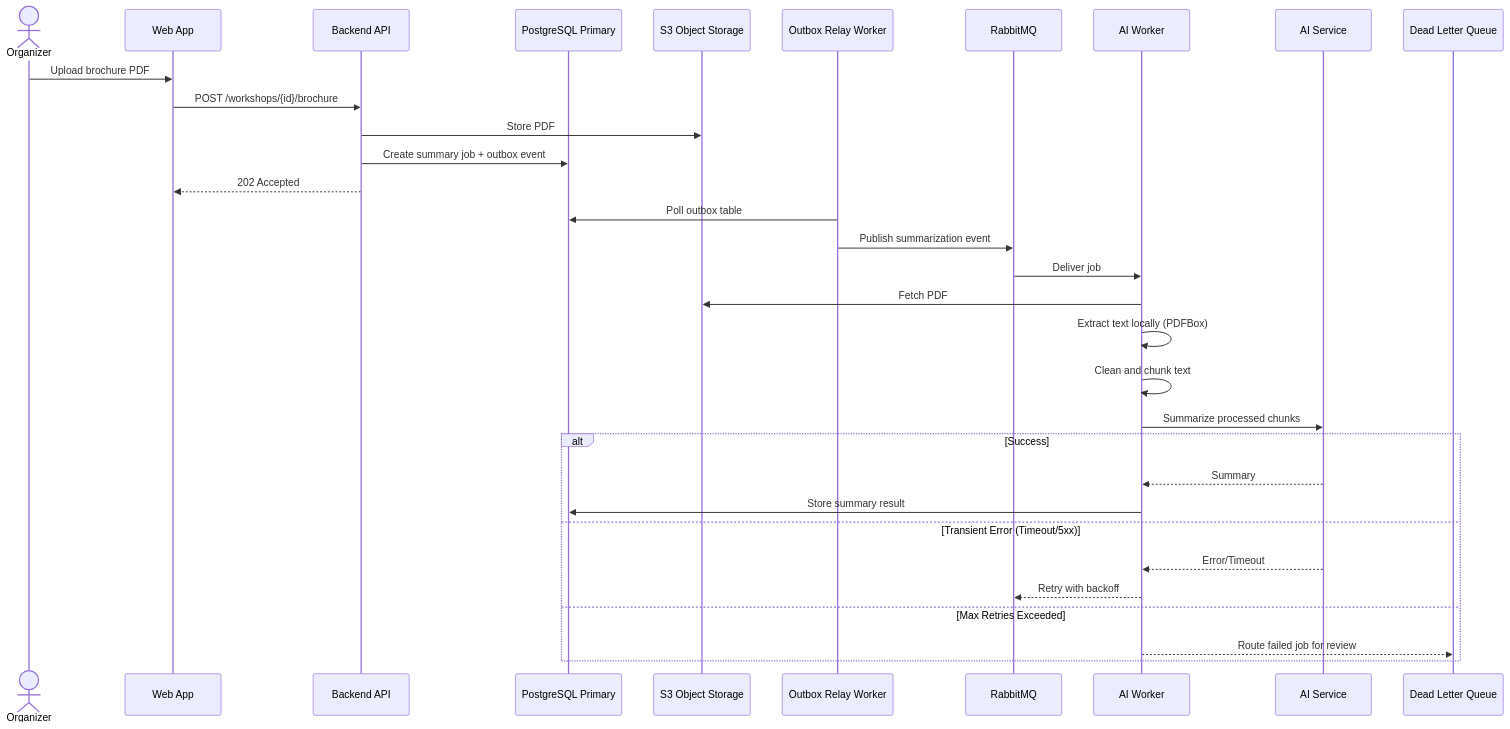
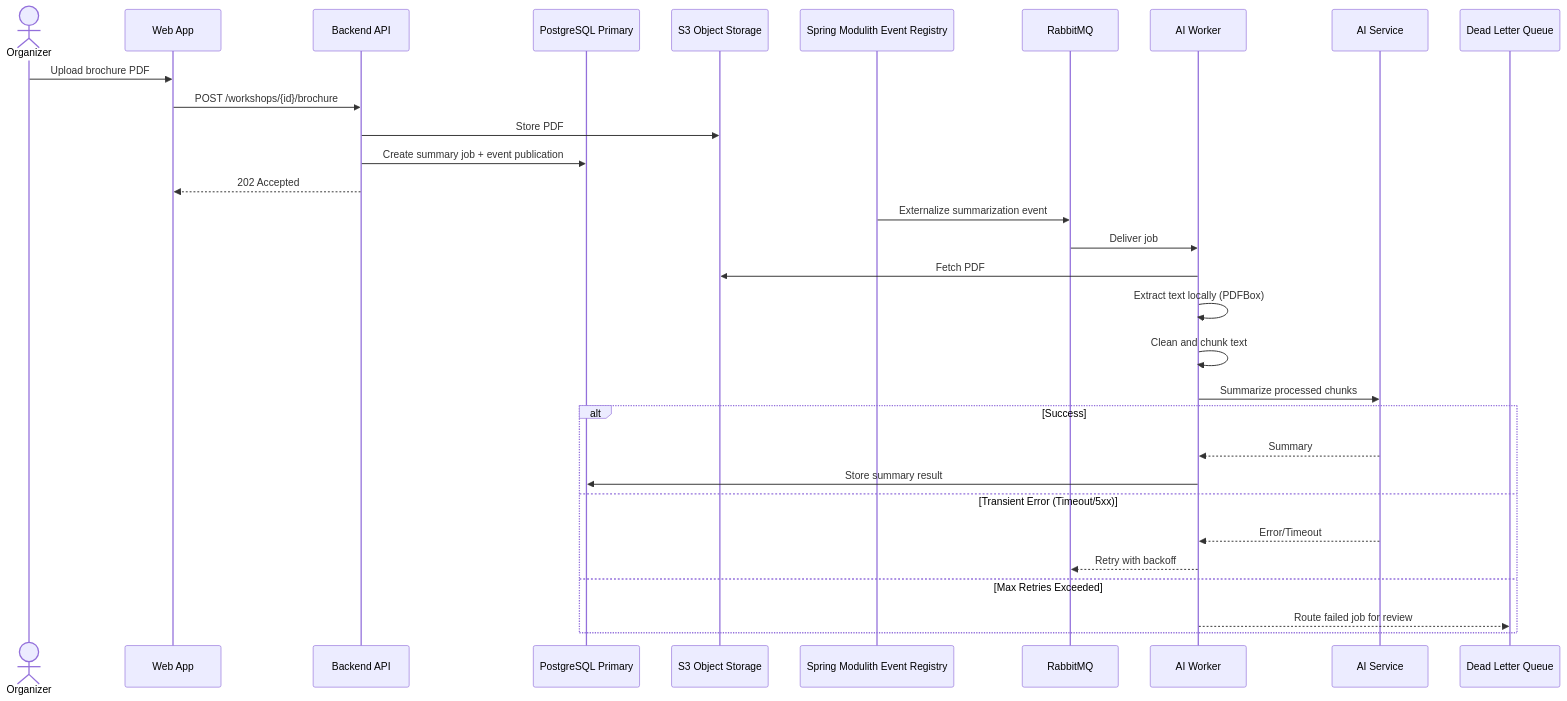
The third of 15 diagrams in blueprint/design.md (phatnguyen975/unihub-workshop), drawn with Mermaid before and after one commit. The commit also changed other lines of this file and 15 other files, not shown here.

Commit message:
docs: update to use event publication of spring modulith

````diff
--- a/blueprint/design.md
+++ b/blueprint/design.md
@@ -230,36 +230,35 @@
 ```mermaid
 sequenceDiagram
   actor Organizer
   participant Web as Web App
   participant API as Backend API
   participant DB as PostgreSQL Primary
   participant S3 as S3 Object Storage
-  participant Relay as Outbox Relay Worker
+  participant Registry as Spring Modulith Event Registry
   participant Broker as RabbitMQ
   participant Worker as AI Worker
   participant AI as AI Service
   participant DLQ as Dead Letter Queue
 
   Organizer->>Web: Upload brochure PDF
   Web->>API: POST /workshops/{id}/brochure
   API->>S3: Store PDF
-  API->>DB: Create summary job + outbox event
+  API->>DB: Create summary job + event publication
   API-->>Web: 202 Accepted
 
-  Relay->>DB: Poll outbox table
-  Relay->>Broker: Publish summarization event
+  Registry->>Broker: Externalize summarization event
   Broker->>Worker: Deliver job
   Worker->>S3: Fetch PDF
   Worker->>Worker: Extract text locally (PDFBox)
   Worker->>Worker: Clean and chunk text
   Worker->>AI: Summarize processed chunks
   alt Success
     AI-->>Worker: Summary
     Worker->>DB: Store summary result
   else Transient Error (Timeout/5xx)
     AI-->>Worker: Error/Timeout
     Worker-->>Broker: Retry with backoff
   else Max Retries Exceeded
     Worker-->>DLQ: Route failed job for review
   end
 ```
````
